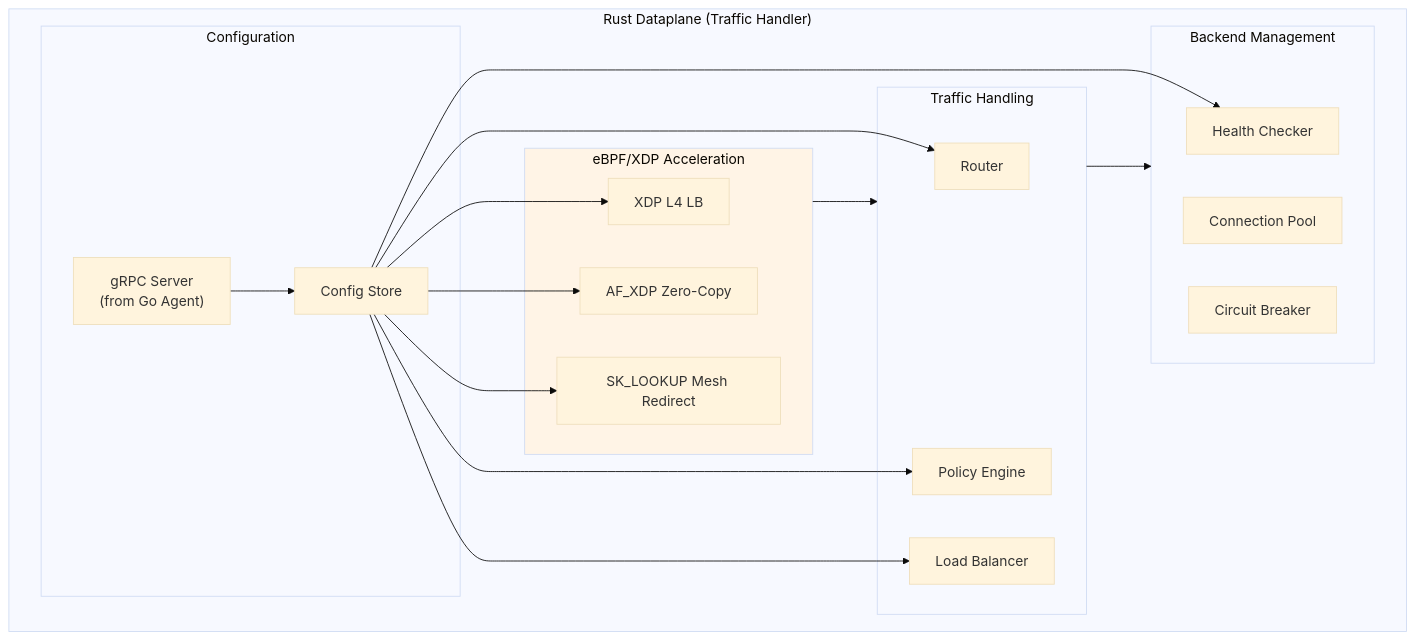
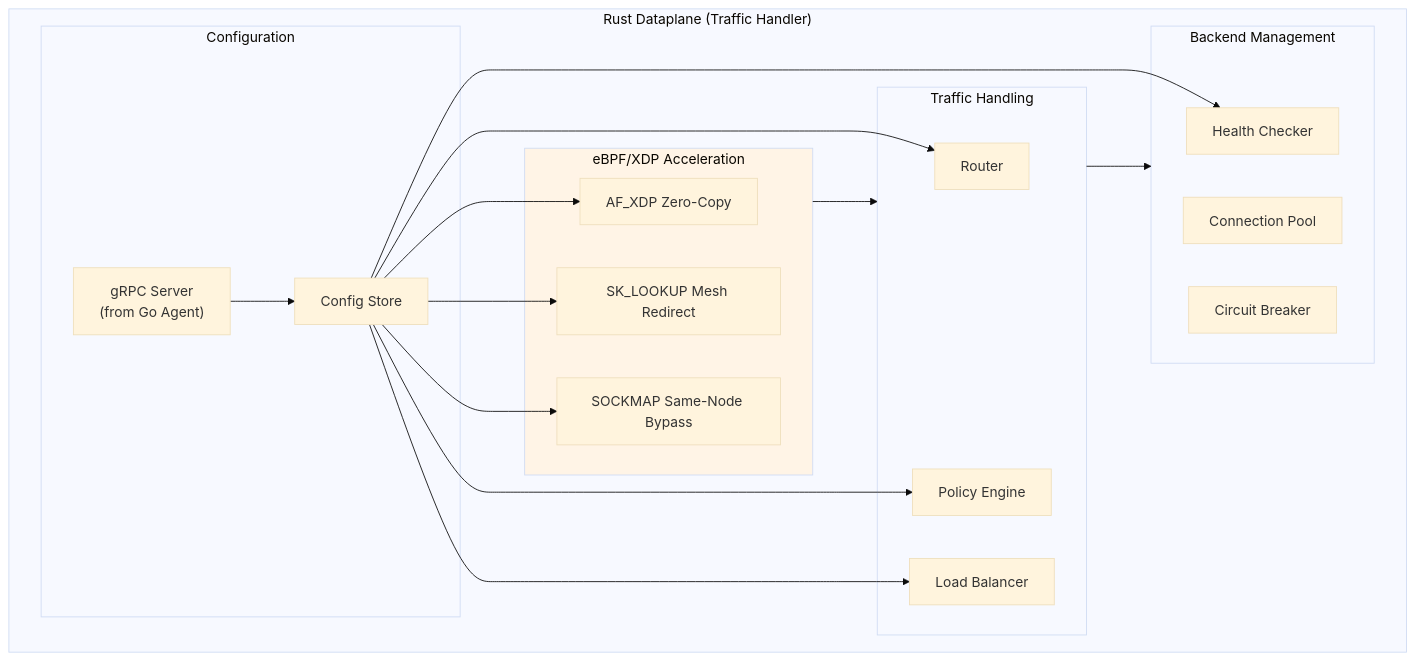
The sixth of 16 diagrams in docs/architecture/components.md (azrtydxb/novaedge), drawn with Mermaid (base theme) before and after one commit. The commit also changed other lines of this file and 37 other files, not shown here.

````diff
--- a/docs/architecture/components.md
+++ b/docs/architecture/components.md
@@ -227,35 +227,35 @@
 ```mermaid
 flowchart TB
     subgraph Dataplane["Rust Dataplane (Traffic Handler)"]
         subgraph ConfigRecv["Configuration"]
             GRPC_RECV["gRPC Server<br/>(from Go Agent)"]
             CFG["Config Store"]
         end
 
         subgraph eBPFAccel["eBPF/XDP Acceleration"]
-            XDP["XDP L4 LB"]
             AFXDP["AF_XDP Zero-Copy"]
             SKLOOKUP["SK_LOOKUP Mesh Redirect"]
+            SOCKMAP["SOCKMAP Same-Node Bypass"]
         end
 
         subgraph Traffic["Traffic Handling"]
             RT["Router"]
             POL["Policy Engine"]
             LB["Load Balancer"]
         end
 
         subgraph Backend["Backend Management"]
             HC["Health Checker"]
             POOL["Connection Pool"]
             CB["Circuit Breaker"]
         end
     end
 
     GRPC_RECV --> CFG
-    CFG --> RT & POL & LB & HC & XDP & AFXDP & SKLOOKUP
+    CFG --> RT & POL & LB & HC & AFXDP & SKLOOKUP & SOCKMAP
 
     eBPFAccel --> Traffic
     Traffic --> Backend
 
     style eBPFAccel fill:#fff4e6
 ```
````
